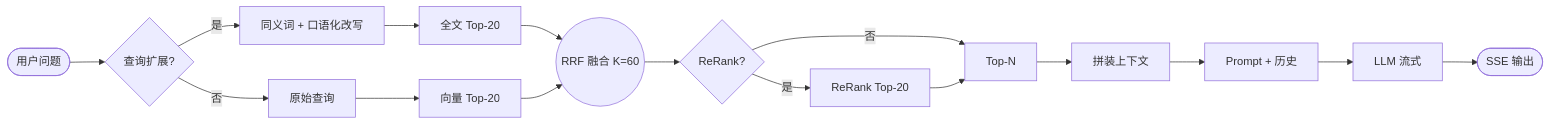
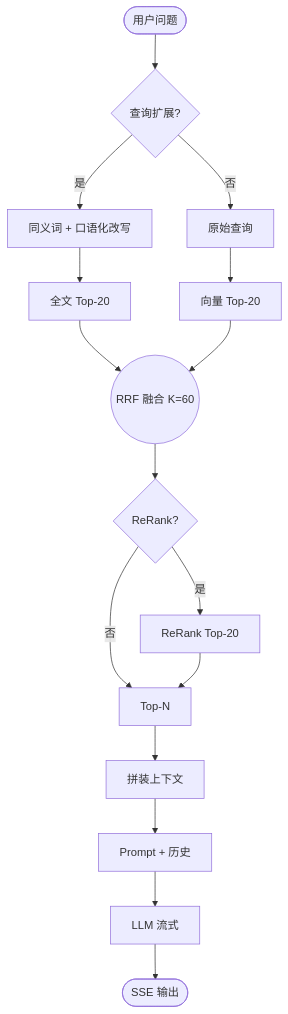
The second of 2 diagrams in README.md (wxcoding/llm-afs), drawn with Mermaid before and after one commit.

Commit message:
feat：修改架构图

````diff
--- a/README.md
+++ b/README.md
@@ -84,18 +84,18 @@
 ```mermaid
-flowchart LR
+flowchart TB
     Q(["用户问题"]) --> Extend{"查询扩展?"}
     Extend -- 是 --> Syn["同义词 + 口语化改写"]
     Extend -- 否 --> Raw["原始查询"]
     Syn --> FT["全文 Top-20"]
     Raw --> Vec["向量 Top-20"]
     FT --> RRF(("RRF 融合 K=60"))
     Vec --> RRF
     RRF --> RerankQ{"ReRank?"}
     RerankQ -- 是 --> RerankN["ReRank Top-20"]
     RerankQ -- 否 --> TopN["Top-N"]
     RerankN --> TopN
     TopN --> Ctx["拼装上下文"]
     Ctx --> Prompt["Prompt + 历史"]
     Prompt --> Gen["LLM 流式"]
     Gen --> Out(["SSE 输出"])
 ```
````
